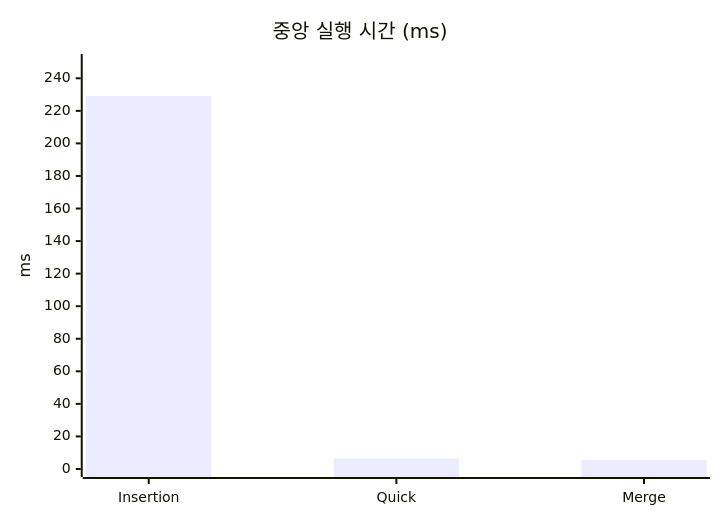
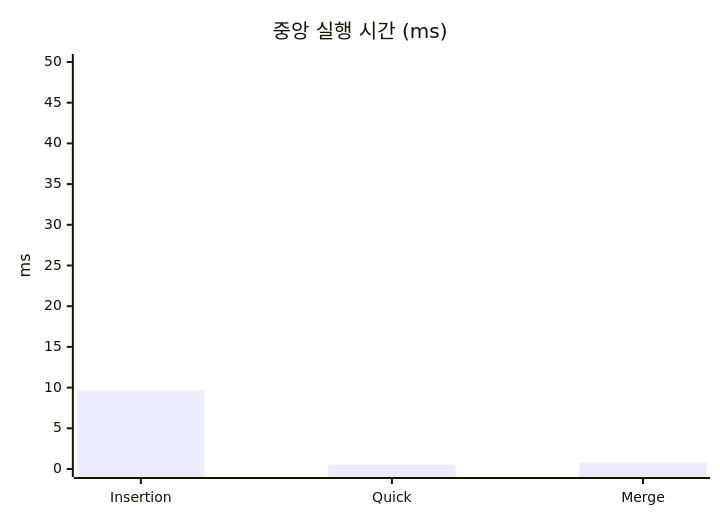
The sixth of 7 diagrams in report.md (ramzz527/hw1-2026-SeminAhn), drawn with Mermaid before and after one commit. The commit also changed other lines of this file and 17 other files, not shown here.

````diff
--- a/report.md
+++ b/report.md
@@ -89,7 +152,7 @@
 ```mermaid
 xychart-beta
     title "중앙 실행 시간 (ms)"
     x-axis ["Insertion", "Quick", "Merge"]
-    y-axis "ms" 0 --> 250
-    bar [229.150, 6.438, 5.513]
+    y-axis "ms" 0 --> 50
+    bar [9.657, 0.541, 0.796]
 ```
````
